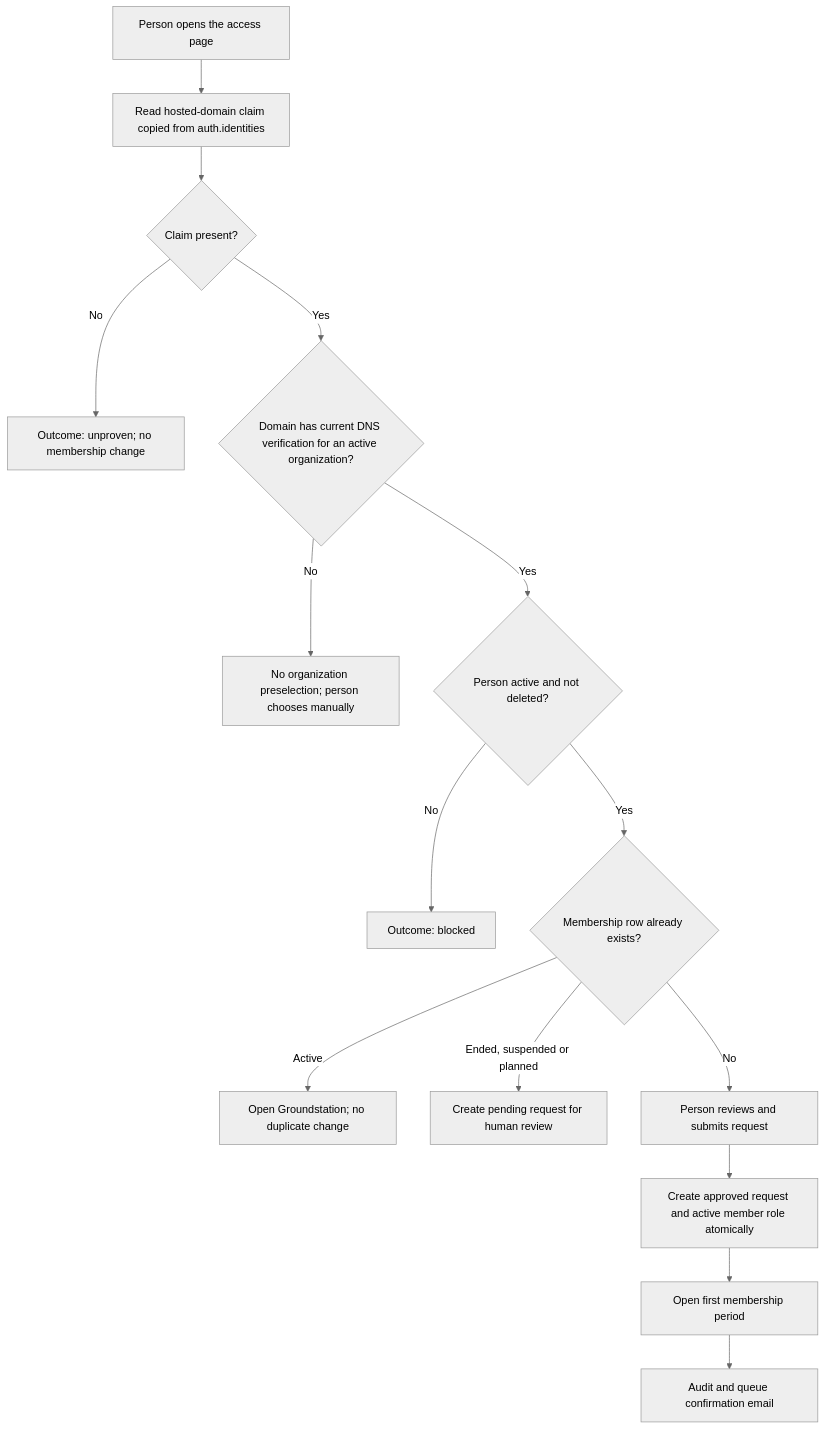
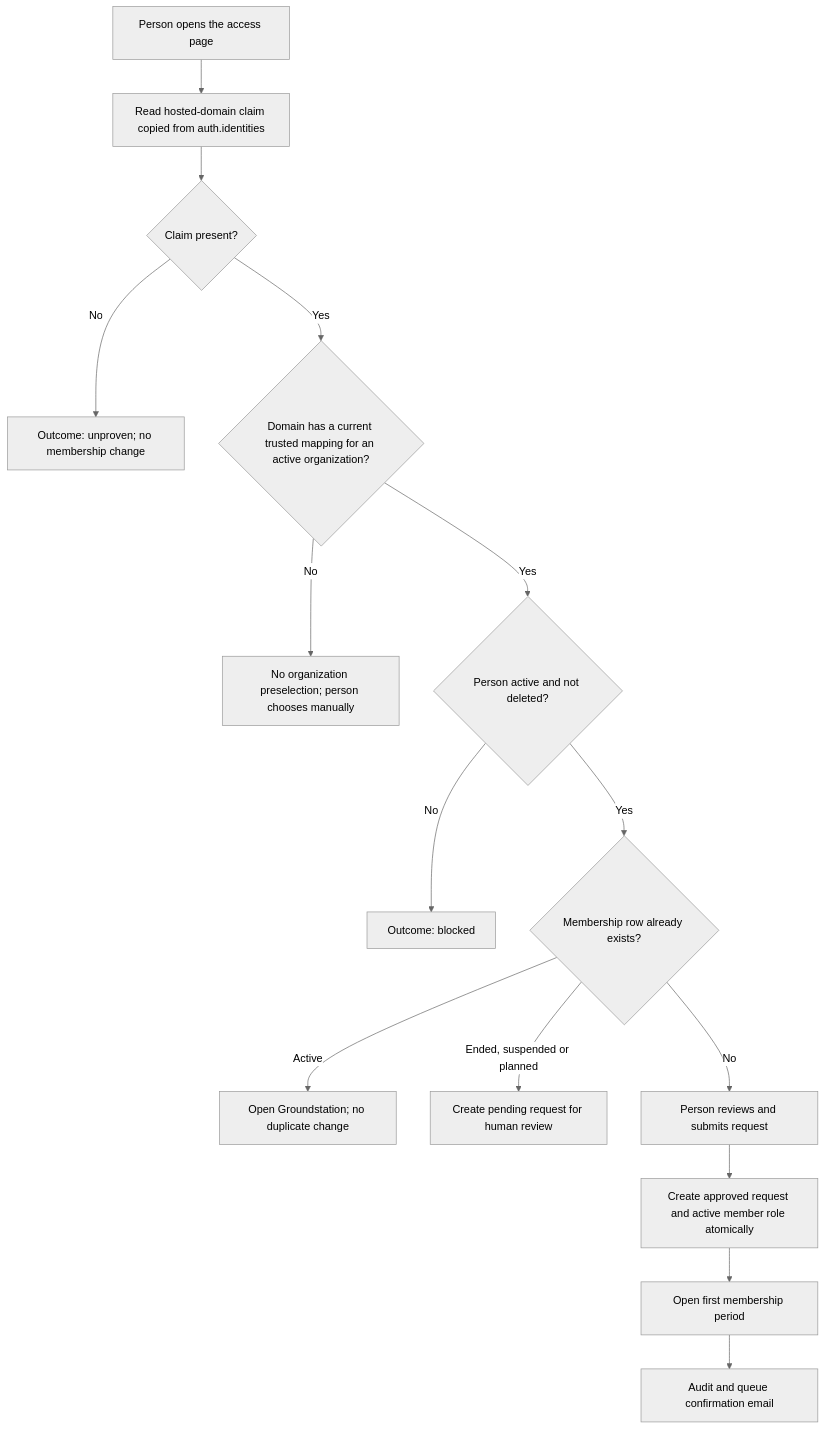
One commit to NORSTEC/groundstation changed the second of 7 diagrams in docs/flows/membership-and-directory.md. Above: the diagram before and after it, drawn with Mermaid (neutral theme). The commit also changed 5 other files, not shown here.

First line of the commit message:
fix(auth): preserve trusted domain proof

````diff
--- a/docs/flows/membership-and-directory.md
+++ b/docs/flows/membership-and-directory.md
@@ -38,17 +38,17 @@
 ```mermaid
 flowchart TD
     A["Person opens the access page"] --> B["Read hosted-domain claim copied from auth.identities"]
     B --> C{"Claim present?"}
     C -- "No" --> X1["Outcome: unproven; no membership change"]
-    C -- "Yes" --> D{"Domain has current DNS verification for an active organization?"}
+    C -- "Yes" --> D{"Domain has a current trusted mapping for an active organization?"}
     D -- "No" --> X2["No organization preselection; person chooses manually"]
     D -- "Yes" --> E{"Person active and not deleted?"}
     E -- "No" --> X3["Outcome: blocked"]
     E -- "Yes" --> F{"Membership row already exists?"}
     F -- "Active" --> G["Open Groundstation; no duplicate change"]
     F -- "Ended, suspended or planned" --> H["Create pending request for human review"]
     F -- "No" --> I["Person reviews and submits request"]
     I --> J["Create approved request and active member role atomically"]
     J --> K["Open first membership period"]
     K --> L["Audit and queue confirmation email"]
 ```
````
